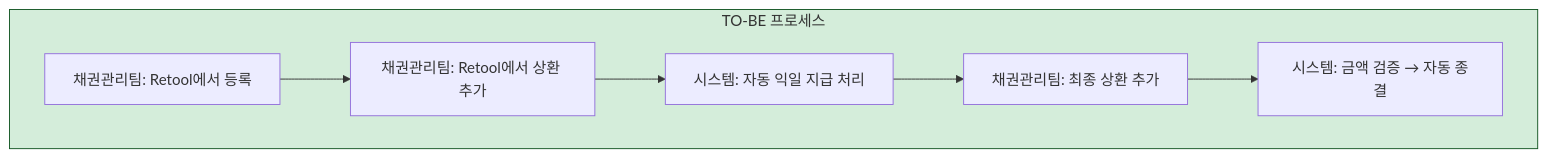
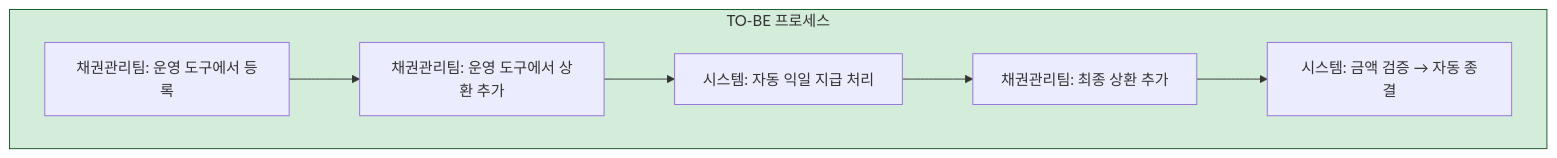
The second of 5 diagrams in _posts/2025-08-11-운영팀-자율화를-위한-워크플로우-재설계-상태-머신-패턴.md (Gyubster/til), drawn with Mermaid before and after one commit. The commit also changed other lines of this file and 6 other files, not shown here.

````diff
--- a/_posts/2025-08-11-운영팀-자율화를-위한-워크플로우-재설계-상태-머신-패턴.md
+++ b/_posts/2025-08-11-운영팀-자율화를-위한-워크플로우-재설계-상태-머신-패턴.md
@@ -35,10 +35,10 @@
 ```mermaid
 flowchart TD
     subgraph to_be["TO-BE 프로세스"]
-        A["채권관리팀: Retool에서 등록"] --> B["채권관리팀: Retool에서 상환 추가"]
+        A["채권관리팀: 운영 도구에서 등록"] --> B["채권관리팀: 운영 도구에서 상환 추가"]
         B --> C["시스템: 자동 익일 지급 처리"]
         C --> D["채권관리팀: 최종 상환 추가"]
         D --> E["시스템: 금액 검증 → 자동 종결"]
     end
     style to_be fill:#d4edda,stroke:#155724
 ```
````
